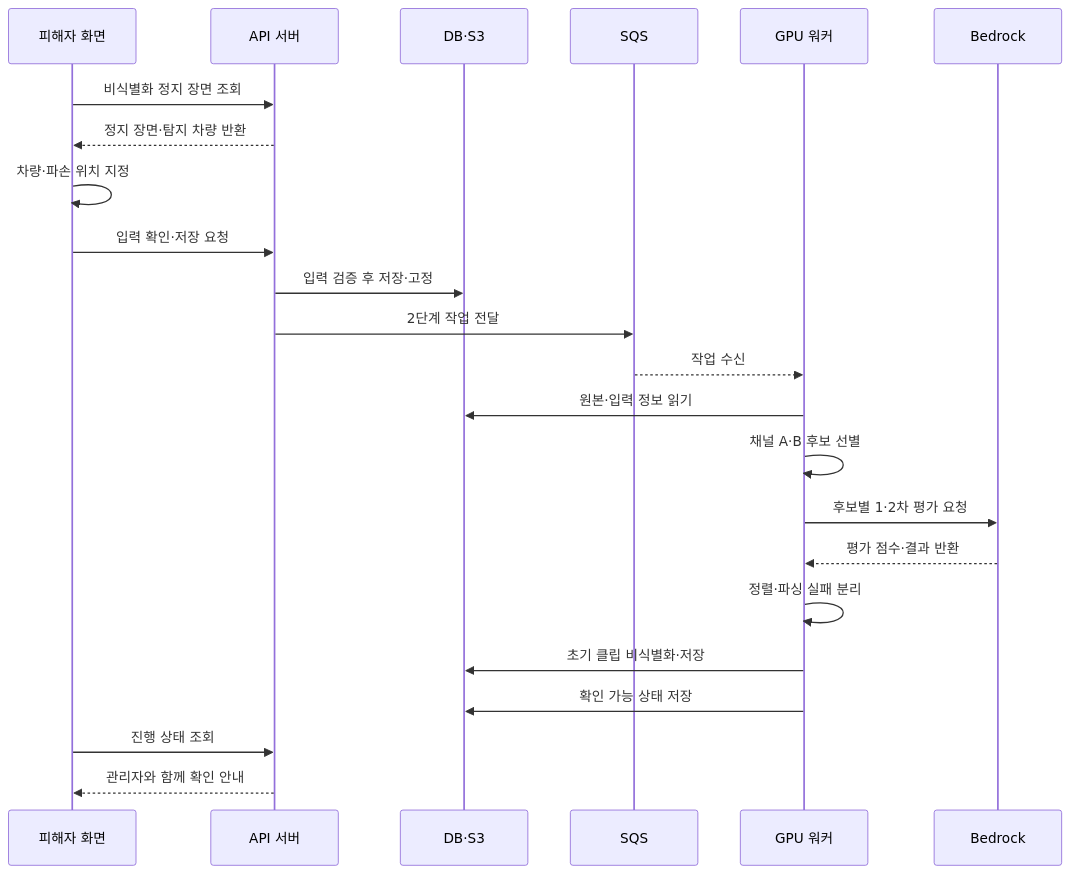
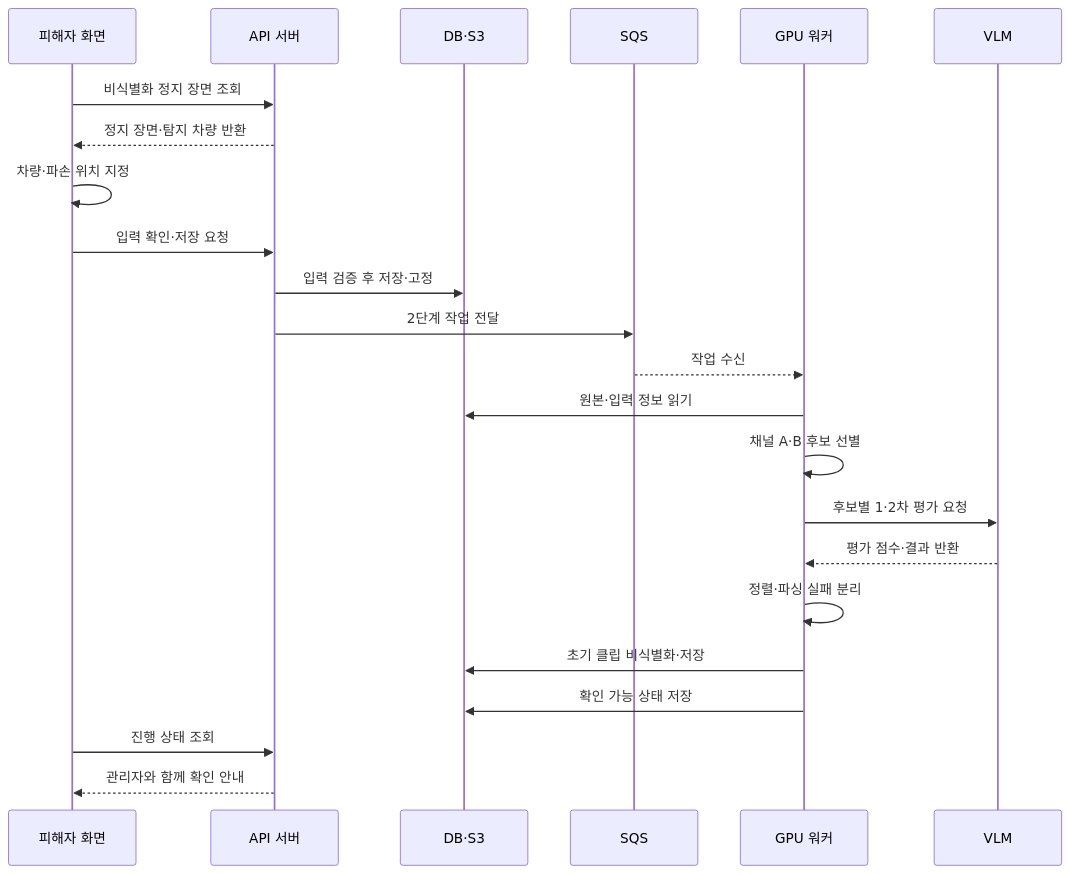
The second of 3 diagrams in docs/SRS.md (lG1l/parking_lot_detection), drawn with Mermaid before and after one commit. The commit also changed other lines of this file and 7 other files, not shown here.

````diff
--- a/docs/SRS.md
+++ b/docs/SRS.md
@@ -430,25 +430,25 @@
 ```mermaid
 sequenceDiagram
   participant V as 피해자 화면
   participant API as API 서버
   participant D as DB·S3
   participant Q as SQS
   participant W as GPU 워커
-  participant B as Bedrock
+  participant B as VLM
   V->>API: 비식별화 정지 장면 조회
   API-->>V: 정지 장면·탐지 차량 반환
   V->>V: 차량·파손 위치 지정
   V->>API: 입력 확인·저장 요청
   API->>D: 입력 검증 후 저장·고정
   API->>Q: 2단계 작업 전달
   Q-->>W: 작업 수신
   W->>D: 원본·입력 정보 읽기
   W->>W: 채널 A·B 후보 선별
   W->>B: 후보별 1·2차 평가 요청
   B-->>W: 평가 점수·결과 반환
   W->>W: 정렬·파싱 실패 분리
   W->>D: 초기 클립 비식별화·저장
   W->>D: 확인 가능 상태 저장
   V->>API: 진행 상태 조회
   API-->>V: 관리자와 함께 확인 안내
 ```
````
